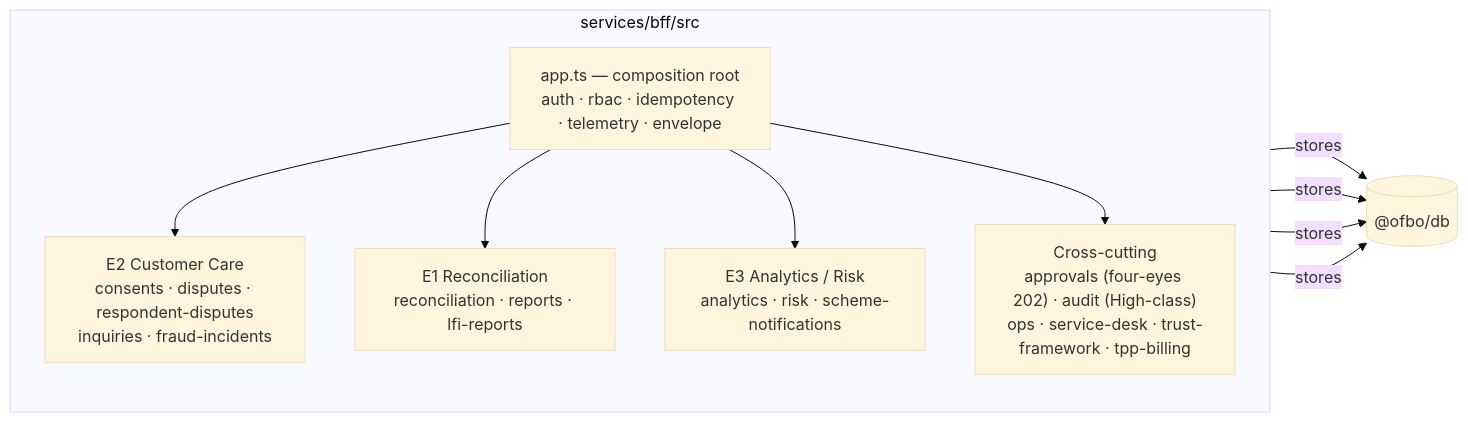
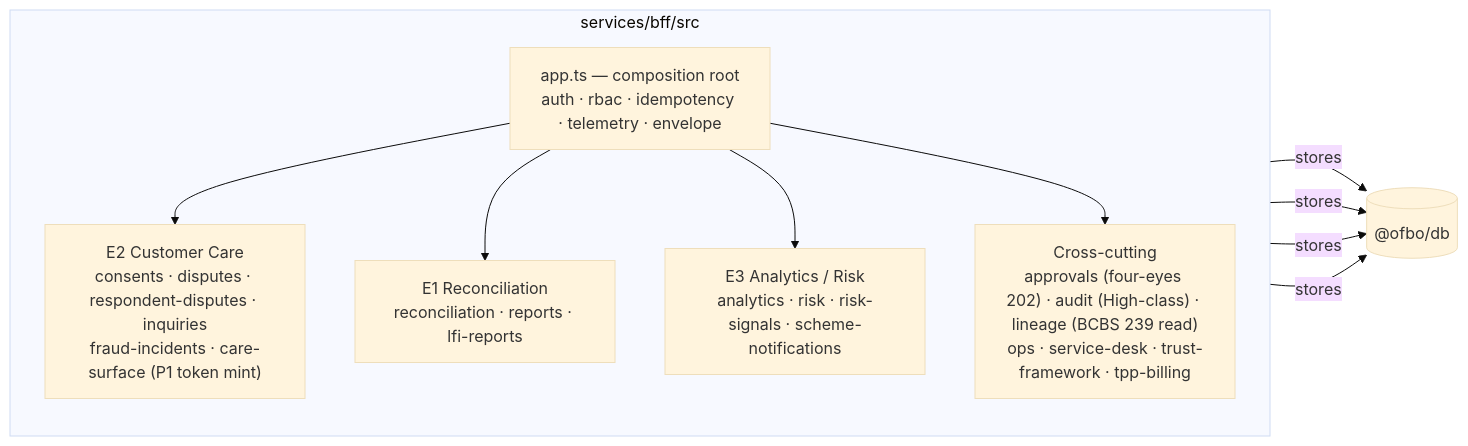
Before and after one commit to openfinance-os/ofbo: the second of 5 diagrams in docs/architecture-overview.md, drawn with Mermaid (base theme). The commit also changed other lines of this file and 3 other files, not shown here.

First line of the commit message:
docs: refresh architecture overview + add harness/discovery/double-diamond diagrams

````diff
--- a/docs/architecture-overview.md
+++ b/docs/architecture-overview.md
@@ -76,13 +80,13 @@
 ```mermaid
 flowchart LR
     subgraph BFF["services/bff/src"]
         direction TB
         App["app.ts — composition root<br/>auth · rbac · idempotency · telemetry · envelope"]
-        E2["E2 Customer Care<br/>consents · disputes · respondent-disputes<br/>inquiries · fraud-incidents"]
+        E2["E2 Customer Care<br/>consents · disputes · respondent-disputes · inquiries<br/>fraud-incidents · care-surface (P1 token mint)"]
         E1["E1 Reconciliation<br/>reconciliation · reports · lfi-reports"]
-        E3["E3 Analytics / Risk<br/>analytics · risk · scheme-notifications"]
-        Cross["Cross-cutting<br/>approvals (four-eyes 202) · audit (High-class)<br/>ops · service-desk · trust-framework · tpp-billing"]
+        E3["E3 Analytics / Risk<br/>analytics · risk · risk-signals · scheme-notifications"]
+        Cross["Cross-cutting<br/>approvals (four-eyes 202) · audit (High-class) · lineage (BCBS 239 read)<br/>ops · service-desk · trust-framework · tpp-billing"]
         App --> E2 & E1 & E3 & Cross
     end
     E1 & E2 & E3 & Cross -->|stores| DB[("@ofbo/db")]
 ```
````
